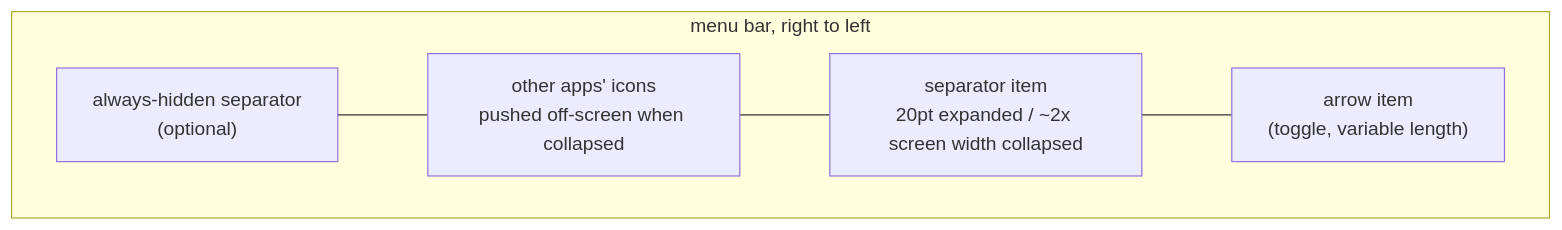
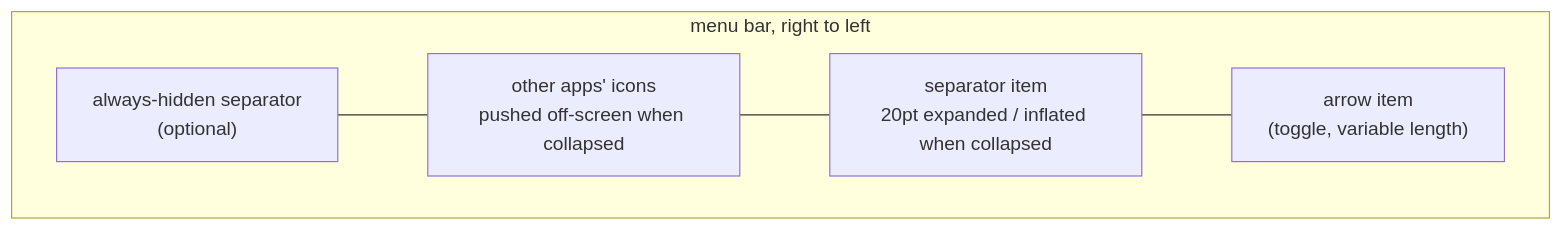
The first of 2 diagrams in docs/ARCHITECTURE.md (dwarvesf/hidden), drawn with Mermaid before and after one commit. The commit also changed other lines of this file and 5 other files, not shown here.

````diff
--- a/docs/ARCHITECTURE.md
+++ b/docs/ARCHITECTURE.md
@@ -16,11 +18,11 @@
 ```mermaid
 flowchart LR
     subgraph menubar [menu bar, right to left]
         direction RL
         ARROW["arrow item\n(toggle, variable length)"]
-        SEP["separator item\n20pt expanded / ~2x screen width collapsed"]
+        SEP["separator item\n20pt expanded / inflated when collapsed"]
         HIDDEN["other apps' icons\npushed off-screen when collapsed"]
         ALWAYS["always-hidden separator\n(optional)"]
     end
     ARROW --- SEP --- HIDDEN --- ALWAYS
 ```
````
